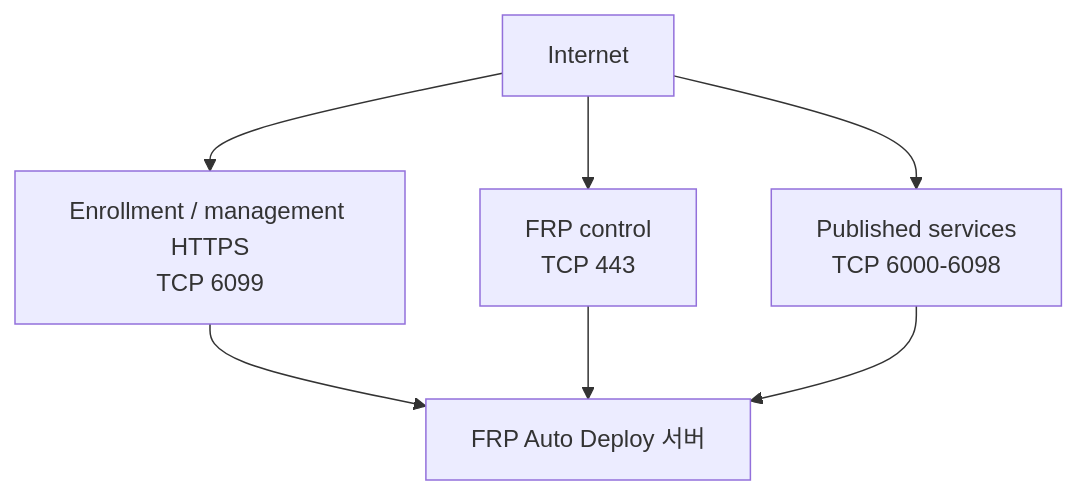
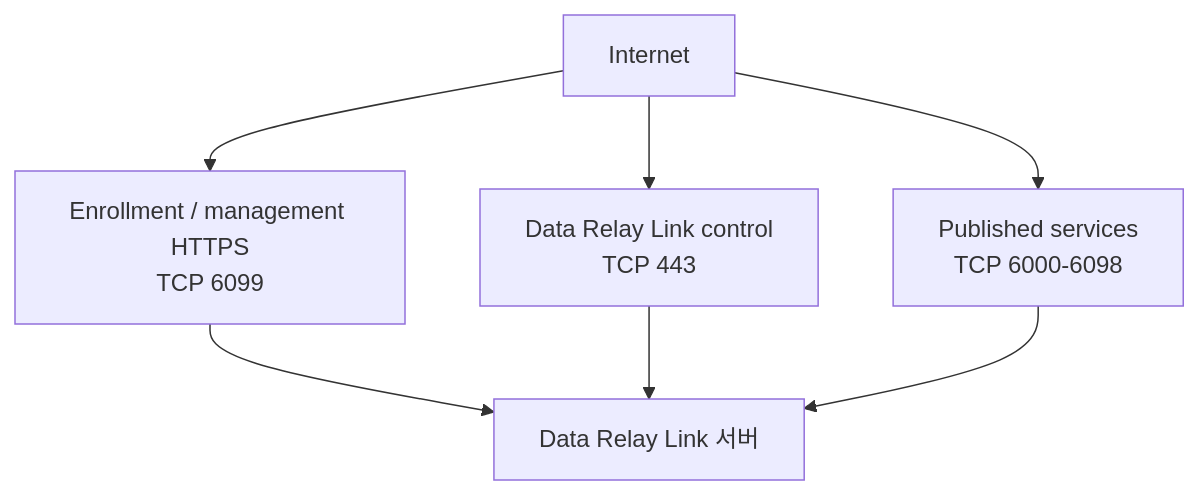
One commit to datarelay-labs/data-relay-link-docs changed the second of 5 diagrams in ko/reference/architecture.mdx. Above: the diagram before and after it, drawn with Mermaid. The commit also changed other lines of this file and 32 other files, not shown here.

````diff
--- a/ko/reference/architecture.mdx
+++ b/ko/reference/architecture.mdx
@@ -46,12 +46,12 @@
 ```mermaid
 flowchart TB
     I[Internet]
     A[Enrollment / management HTTPS\nTCP 6099]
-    C[FRP control\nTCP 443]
+    C[Data Relay Link control\nTCP 443]
     P[Published services\nTCP 6000-6098]
-    S[FRP Auto Deploy 서버]
+    S[Data Relay Link 서버]
 
     I --> A --> S
     I --> C --> S
     I --> P --> S
 ```
````
